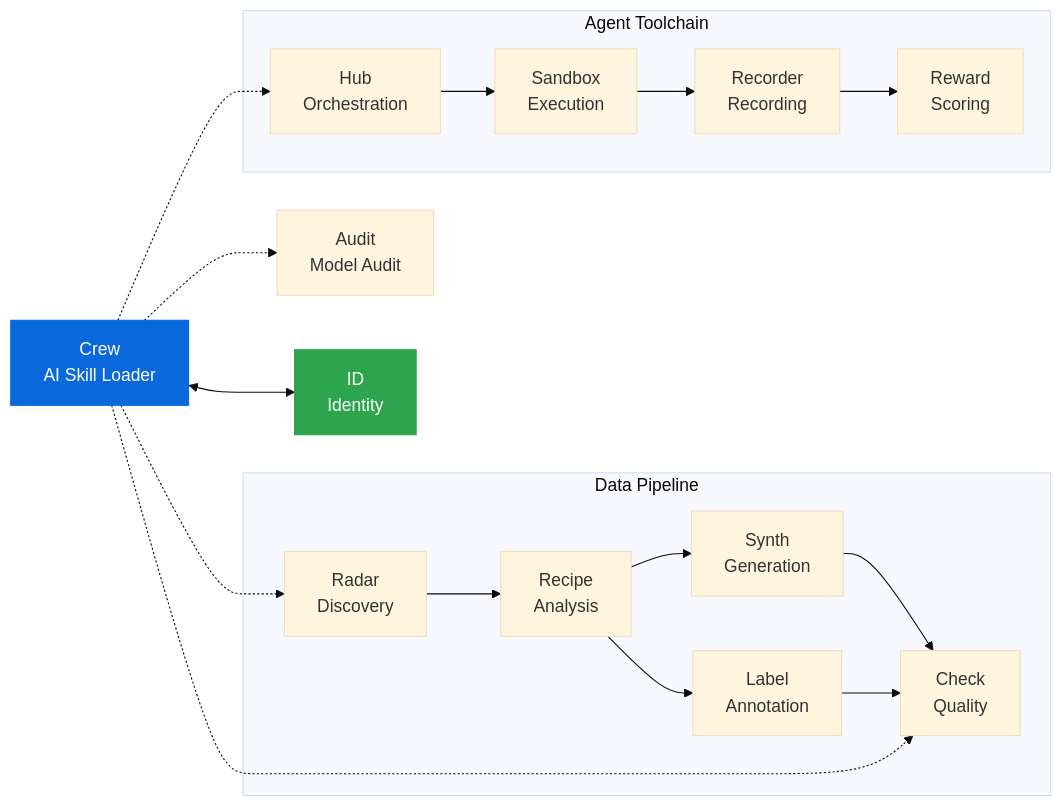
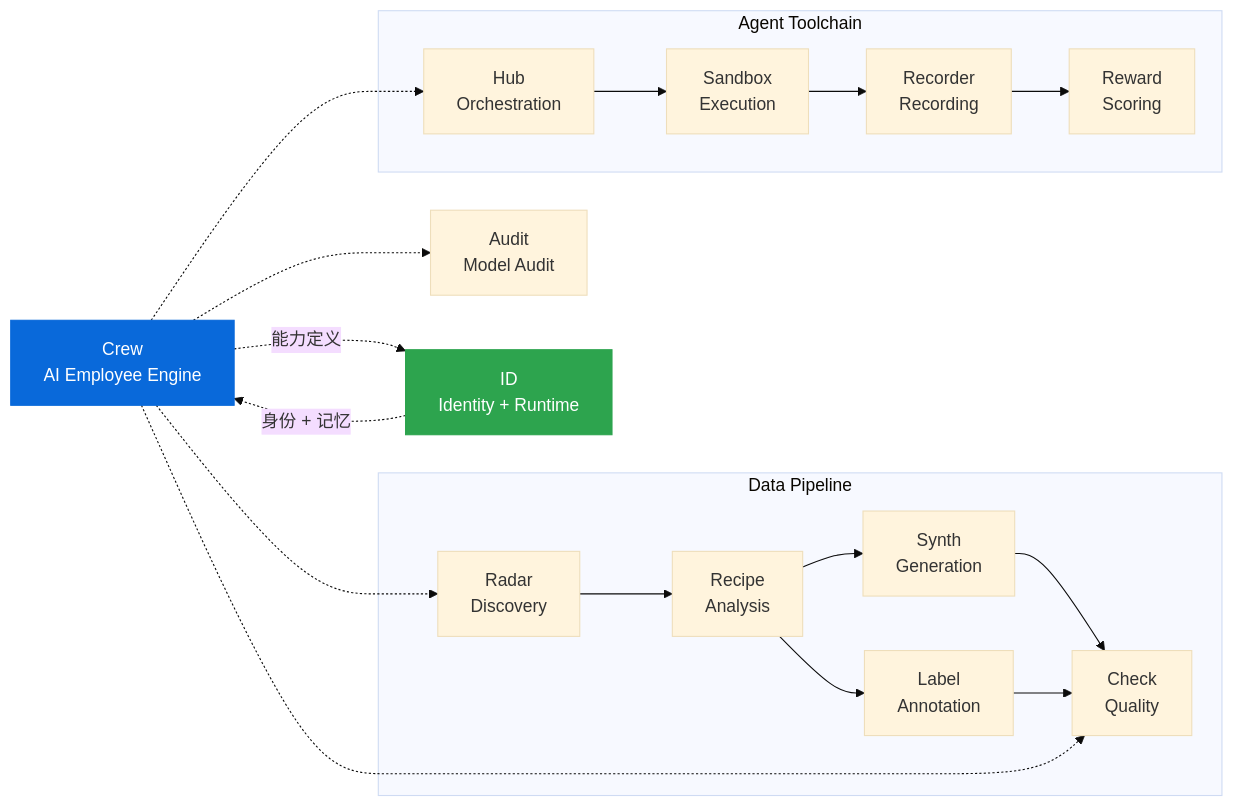
One commit to liuxiaotong/knowlyr-crew changed the third of 3 diagrams in README.md. Above: the diagram before and after it, drawn with Mermaid (base theme). The commit also changed other lines of this file, not shown here.

First line of the commit message:
docs: 更新 README 反映 crew 作为能力权威的新架构

````diff
--- a/README.md
+++ b/README.md
@@ -1098,25 +1134,26 @@
 ```mermaid
 graph LR
     subgraph Data Pipeline
         Radar["Radar<br/>Discovery"] --> Recipe["Recipe<br/>Analysis"]
         Recipe --> Synth["Synth<br/>Generation"]
         Recipe --> Label["Label<br/>Annotation"]
         Synth --> Check["Check<br/>Quality"]
         Label --> Check
     end
     Audit["Audit<br/>Model Audit"]
     subgraph Agent Toolchain
         Hub["Hub<br/>Orchestration"] --> Sandbox["Sandbox<br/>Execution"]
         Sandbox --> Recorder["Recorder<br/>Recording"]
         Recorder --> Reward["Reward<br/>Scoring"]
     end
-    Crew["Crew<br/>AI Skill Loader"]
-    ID["ID<br/>Identity"]
+    Crew["Crew<br/>AI Employee Engine"]
+    ID["ID<br/>Identity + Runtime"]
     Crew -.-> Radar
     Crew -.-> Check
     Crew -.-> Audit
     Crew -.-> Hub
-    Crew <--> ID
+    Crew -.->|能力定义| ID
+    ID -.->|身份 + 记忆| Crew
     style Crew fill:#0969da,color:#fff,stroke:#0969da
     style ID fill:#2da44e,color:#fff,stroke:#2da44e
 ```
````
